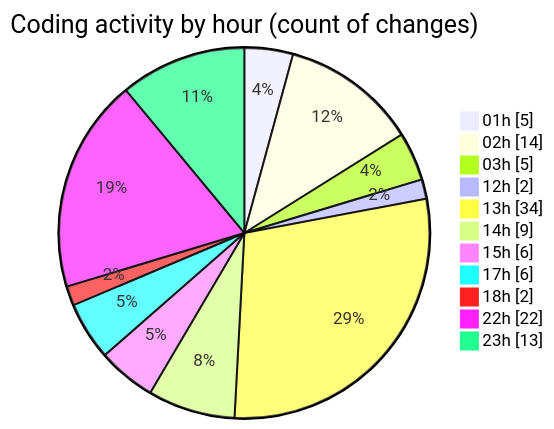
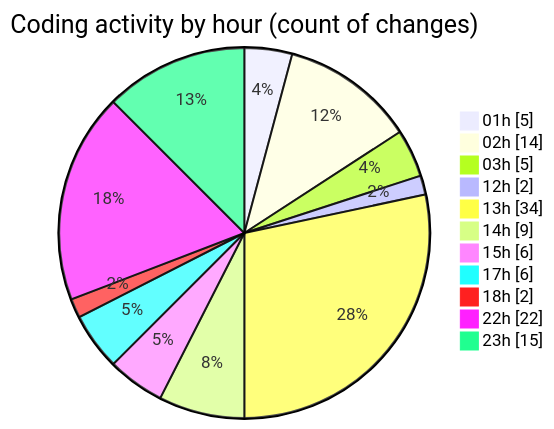
The second of 2 diagrams in 2025-10-23/eventscop-frontend-guide__workspace_/README.md (julien-gomy/code-tracking), drawn with Mermaid before and after one commit. The commit also changed other lines of this file and 1 other file, not shown here.

````diff
--- a/2025-10-23/eventscop-frontend-guide__workspace_/README.md
+++ b/2025-10-23/eventscop-frontend-guide__workspace_/README.md
@@ -51,15 +51,15 @@
 ```mermaid
 pie showData
 title Coding activity by hour (count of changes)
 "01h" : 5
 "02h" : 14
 "03h" : 5
 "12h" : 2
 "13h" : 34
 "14h" : 9
 "15h" : 6
 "17h" : 6
 "18h" : 2
 "22h" : 22
-"23h" : 13
+"23h" : 15
 ```
````
